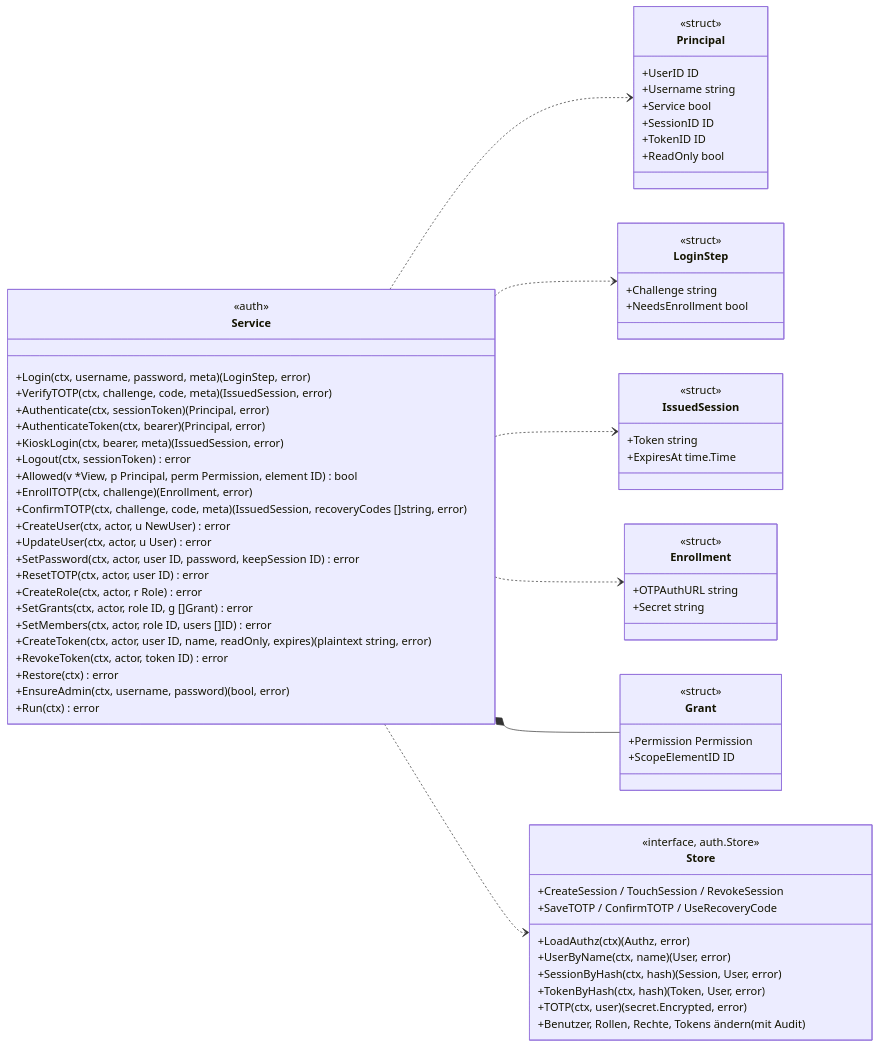
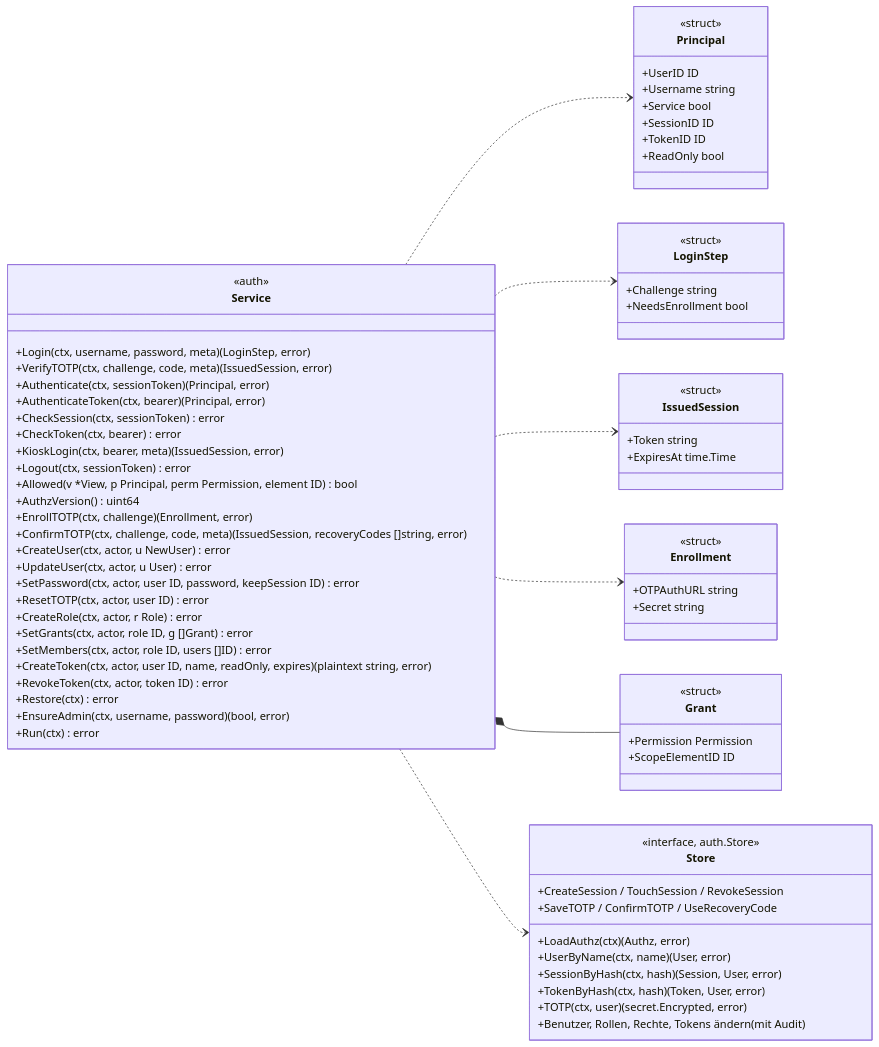
The first of 5 diagrams in docs/contracts/auth.md (lukirs95/monika), drawn with Mermaid before and after one commit. The commit also changed other lines of this file and 16 other files, not shown here.

````diff
--- a/docs/contracts/auth.md
+++ b/docs/contracts/auth.md
@@ -18,76 +18,79 @@
 ```mermaid
 classDiagram
     direction LR
 
     class Service {
         <<auth>>
         +Login(ctx, username, password, meta) (LoginStep, error)
         +VerifyTOTP(ctx, challenge, code, meta) (IssuedSession, error)
         +Authenticate(ctx, sessionToken) (Principal, error)
         +AuthenticateToken(ctx, bearer) (Principal, error)
+        +CheckSession(ctx, sessionToken) error
+        +CheckToken(ctx, bearer) error
         +KioskLogin(ctx, bearer, meta) (IssuedSession, error)
         +Logout(ctx, sessionToken) error
         +Allowed(v *View, p Principal, perm Permission, element ID) bool
+        +AuthzVersion() uint64
         +EnrollTOTP(ctx, challenge) (Enrollment, error)
         +ConfirmTOTP(ctx, challenge, code, meta) (IssuedSession, recoveryCodes []string, error)
         +CreateUser(ctx, actor, u NewUser) error
         +UpdateUser(ctx, actor, u User) error
         +SetPassword(ctx, actor, user ID, password, keepSession ID) error
         +ResetTOTP(ctx, actor, user ID) error
         +CreateRole(ctx, actor, r Role) error
         +SetGrants(ctx, actor, role ID, g []Grant) error
         +SetMembers(ctx, actor, role ID, users []ID) error
         +CreateToken(ctx, actor, user ID, name, readOnly, expires) (plaintext string, error)
         +RevokeToken(ctx, actor, token ID) error
         +Restore(ctx) error
         +EnsureAdmin(ctx, username, password) (bool, error)
         +Run(ctx) error
     }
     class Principal {
         <<struct>>
         +UserID ID
         +Username string
         +Service bool
         +SessionID ID
         +TokenID ID
         +ReadOnly bool
     }
     class LoginStep {
         <<struct>>
         +Challenge string
         +NeedsEnrollment bool
     }
     class IssuedSession {
         <<struct>>
         +Token string
         +ExpiresAt time.Time
     }
     class Enrollment {
         <<struct>>
         +OTPAuthURL string
         +Secret string
     }
     class Grant {
         <<struct>>
         +Permission Permission
         +ScopeElementID ID
     }
     class Store {
         <<interface, auth.Store>>
         +LoadAuthz(ctx) (Authz, error)
         +UserByName(ctx, name) (User, error)
         +CreateSession / TouchSession / RevokeSession
         +SessionByHash(ctx, hash) (Session, User, error)
         +TokenByHash(ctx, hash) (Token, User, error)
         +TOTP(ctx, user) (secret.Encrypted, error)
         +SaveTOTP / ConfirmTOTP / UseRecoveryCode
         +Benutzer, Rollen, Rechte, Tokens ändern (mit Audit)
     }
 
     Service ..> Principal
     Service ..> LoginStep
     Service ..> IssuedSession
     Service ..> Enrollment
     Service *-- Grant
     Service ..> Store
 ```
````
